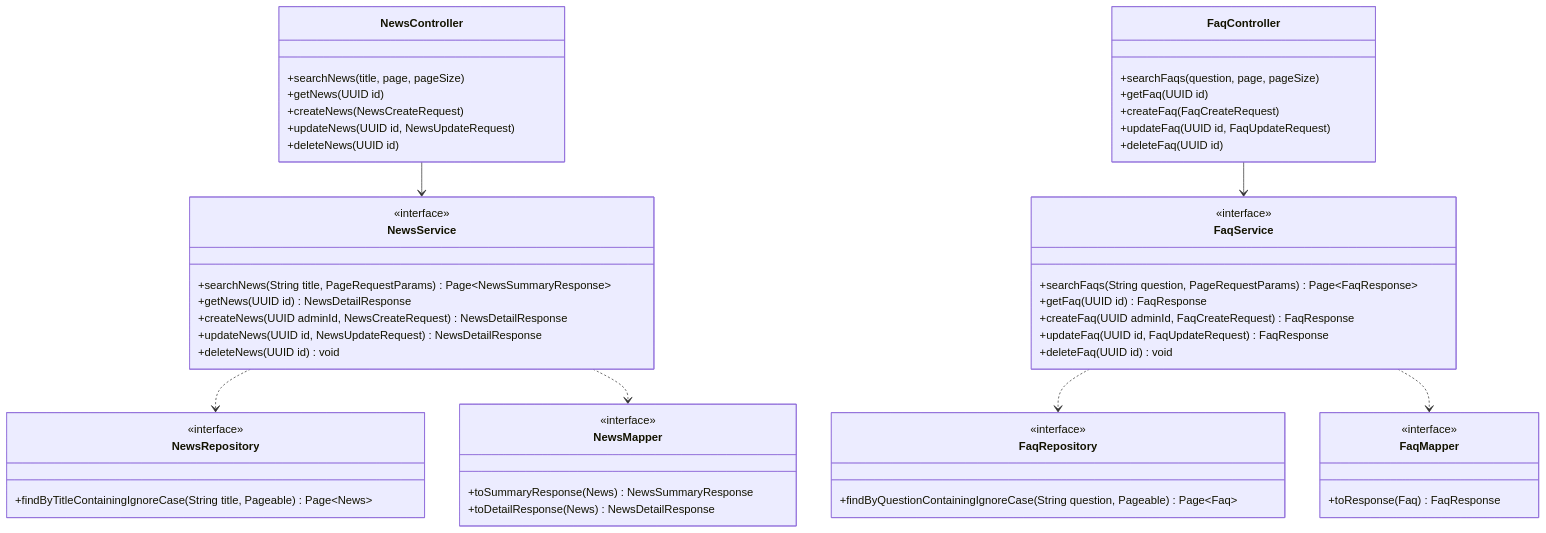
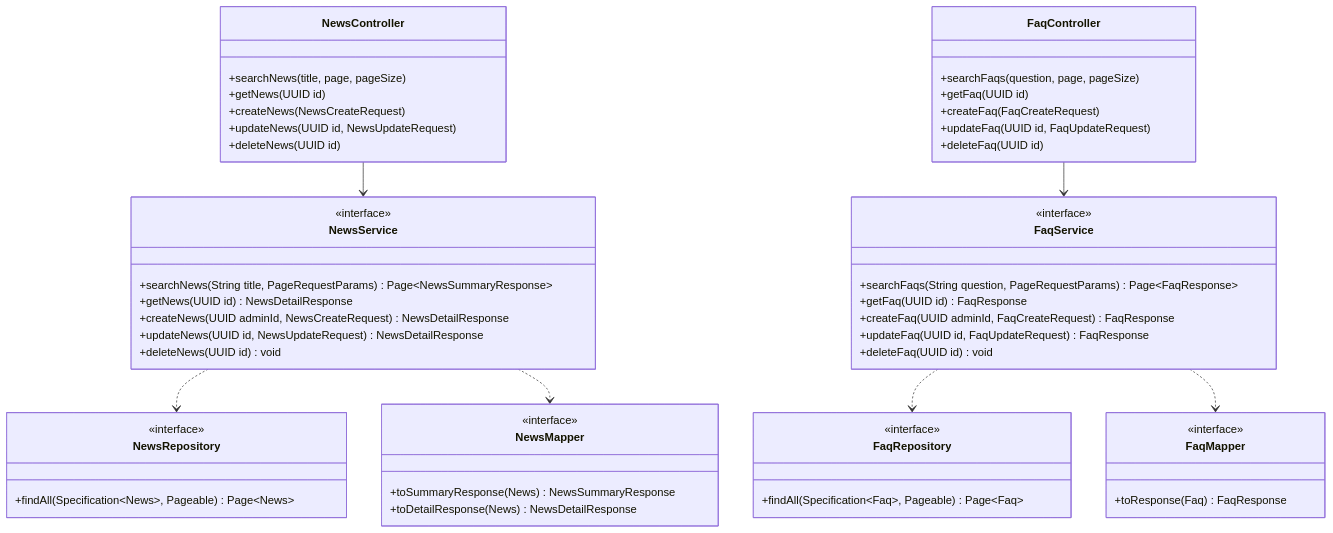
Before and after one commit to dungcony/e-learn: the diagram in docs/design/info-management/lopthucthe.md, drawn with Mermaid. The commit also changed other lines of this file and 39 other files, not shown here.

````diff
--- a/docs/design/info-management/lopthucthe.md
+++ b/docs/design/info-management/lopthucthe.md
@@ -53,64 +53,64 @@
 ```mermaid
 classDiagram
     class NewsController {
         +searchNews(title, page, pageSize)
         +getNews(UUID id)
         +createNews(NewsCreateRequest)
         +updateNews(UUID id, NewsUpdateRequest)
         +deleteNews(UUID id)
     }
 
     class FaqController {
         +searchFaqs(question, page, pageSize)
         +getFaq(UUID id)
         +createFaq(FaqCreateRequest)
         +updateFaq(UUID id, FaqUpdateRequest)
         +deleteFaq(UUID id)
     }
 
     class NewsService {
         <<interface>>
         +searchNews(String title, PageRequestParams) Page~NewsSummaryResponse~
         +getNews(UUID id) NewsDetailResponse
         +createNews(UUID adminId, NewsCreateRequest) NewsDetailResponse
         +updateNews(UUID id, NewsUpdateRequest) NewsDetailResponse
         +deleteNews(UUID id) void
     }
 
     class FaqService {
         <<interface>>
         +searchFaqs(String question, PageRequestParams) Page~FaqResponse~
         +getFaq(UUID id) FaqResponse
         +createFaq(UUID adminId, FaqCreateRequest) FaqResponse
         +updateFaq(UUID id, FaqUpdateRequest) FaqResponse
         +deleteFaq(UUID id) void
     }
 
     class NewsRepository {
         <<interface>>
-        +findByTitleContainingIgnoreCase(String title, Pageable) Page~News~
+        +findAll(Specification~News~, Pageable) Page~News~
     }
 
     class FaqRepository {
         <<interface>>
-        +findByQuestionContainingIgnoreCase(String question, Pageable) Page~Faq~
+        +findAll(Specification~Faq~, Pageable) Page~Faq~
     }
 
     class NewsMapper {
         <<interface>>
         +toSummaryResponse(News) NewsSummaryResponse
         +toDetailResponse(News) NewsDetailResponse
     }
 
     class FaqMapper {
         <<interface>>
         +toResponse(Faq) FaqResponse
     }
 
     NewsController --> NewsService
     FaqController --> FaqService
     NewsService ..> NewsRepository
     NewsService ..> NewsMapper
     FaqService ..> FaqRepository
     FaqService ..> FaqMapper
 ```
````
